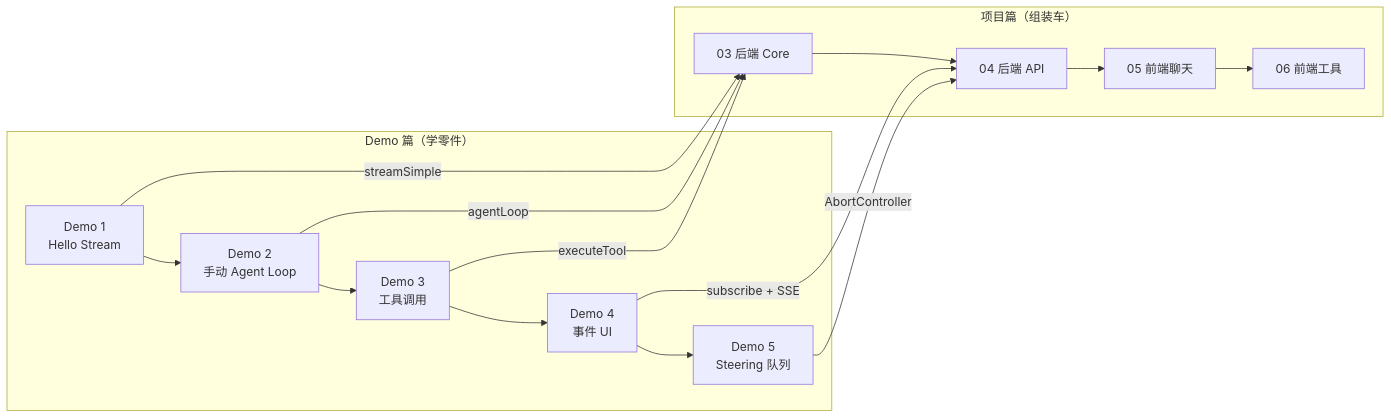
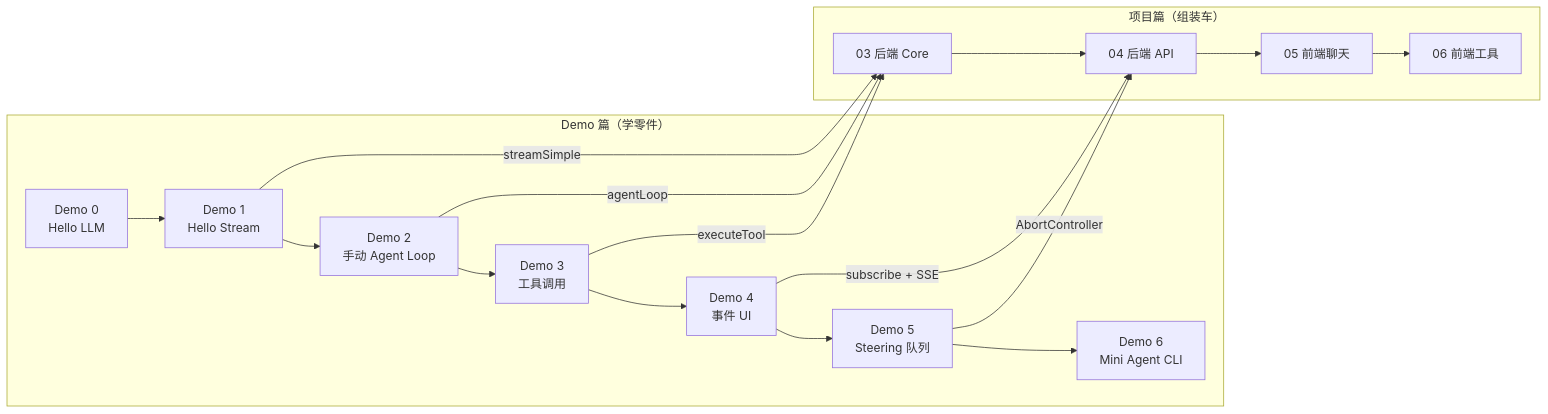
Before and after one commit to wusiration/pi-agent-tutorial: the diagram in docs/demos/index.md, drawn with Mermaid. The commit also changed other lines of this file and 57 other files, not shown here.

````diff
--- a/docs/demos/index.md
+++ b/docs/demos/index.md
@@ -9,21 +9,23 @@
 ```mermaid
 graph LR
     subgraph "Demo 篇（学零件）"
-        D1[Demo 1<br/>Hello Stream] --> D2[Demo 2<br/>手动 Agent Loop]
+        D0[Demo 0<br/>Hello LLM] --> D1[Demo 1<br/>Hello Stream]
+        D1 --> D2[Demo 2<br/>手动 Agent Loop]
         D2 --> D3[Demo 3<br/>工具调用]
         D3 --> D4[Demo 4<br/>事件 UI]
         D4 --> D5[Demo 5<br/>Steering 队列]
+        D5 --> D6[Demo 6<br/>Mini Agent CLI]
     end
 
     subgraph "项目篇（组装车）"
         P3[03 后端 Core] --> P4[04 后端 API]
         P4 --> P5[05 前端聊天]
         P5 --> P6[06 前端工具]
     end
 
     D1 -->|streamSimple| P3
     D2 -->|agentLoop| P3
     D3 -->|executeTool| P3
     D4 -->|subscribe + SSE| P4
     D5 -->|AbortController| P4
 ```
````
